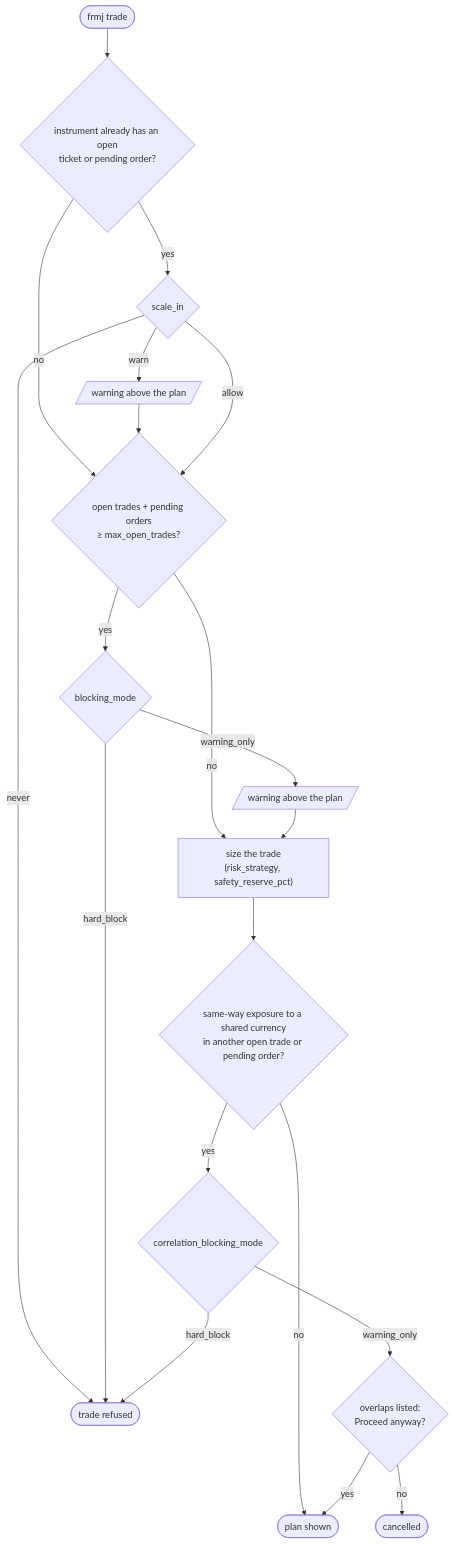
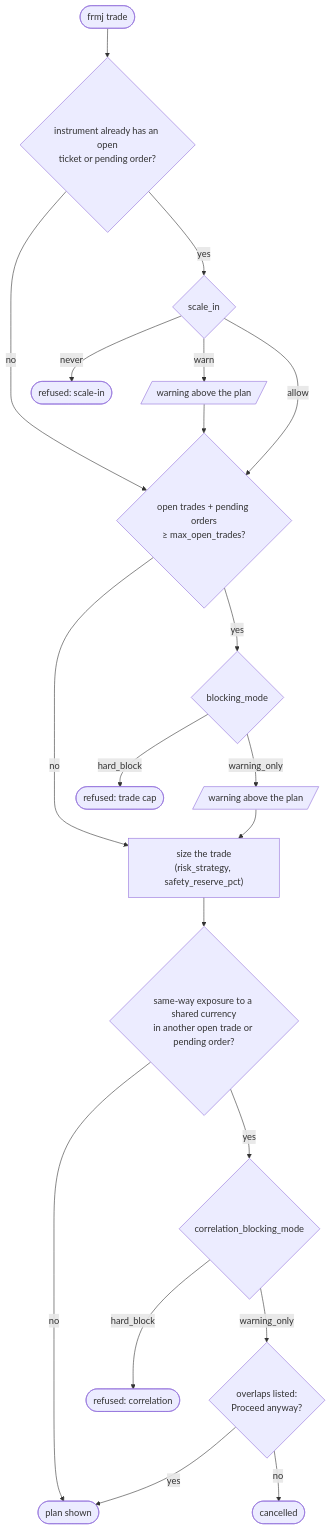
Before and after one commit to RagBillySandstone/frmj: the diagram in docs/configuration.md, drawn with Mermaid.

Commit message:
docs: give each refusal its own end node in the risk-check flowchart
All three hard refusals ran into one shared "trade refused" node, so
the scale-in "never" edge ran the full height of the chart and crossed
the first decision's "no" edge, making that label look attached to the
wrong line. Split it into "refused: scale-in / trade cap / correlation"
next to their decisions. Verified by rendering.

````diff
--- a/docs/configuration.md
+++ b/docs/configuration.md
@@ -103,24 +103,24 @@
 ```mermaid
 flowchart TD
     start([frmj trade]) --> si{"instrument already has an open<br/>ticket or pending order?"}
     si -- no --> cap
     si -- yes --> sip{scale_in}
-    sip -- never --> refuse([trade refused])
+    sip -- never --> r1([refused: scale-in])
     sip -- warn --> w1[/warning above the plan/] --> cap
     sip -- allow --> cap
 
     cap{"open trades + pending orders<br/>≥ max_open_trades?"}
     cap -- no --> size
     cap -- yes --> bm{blocking_mode}
-    bm -- hard_block --> refuse
+    bm -- hard_block --> r2([refused: trade cap])
     bm -- warning_only --> w2[/warning above the plan/] --> size
 
     size["size the trade<br/>(risk_strategy, safety_reserve_pct)"] --> corr
     corr{"same-way exposure to a shared currency<br/>in another open trade or pending order?"}
     corr -- no --> plan([plan shown])
     corr -- yes --> cbm{correlation_blocking_mode}
-    cbm -- hard_block --> refuse
+    cbm -- hard_block --> r3([refused: correlation])
     cbm -- warning_only --> ask{"overlaps listed:<br/>Proceed anyway?"}
     ask -- yes --> plan
     ask -- no --> cancel([cancelled])
 ```
````
